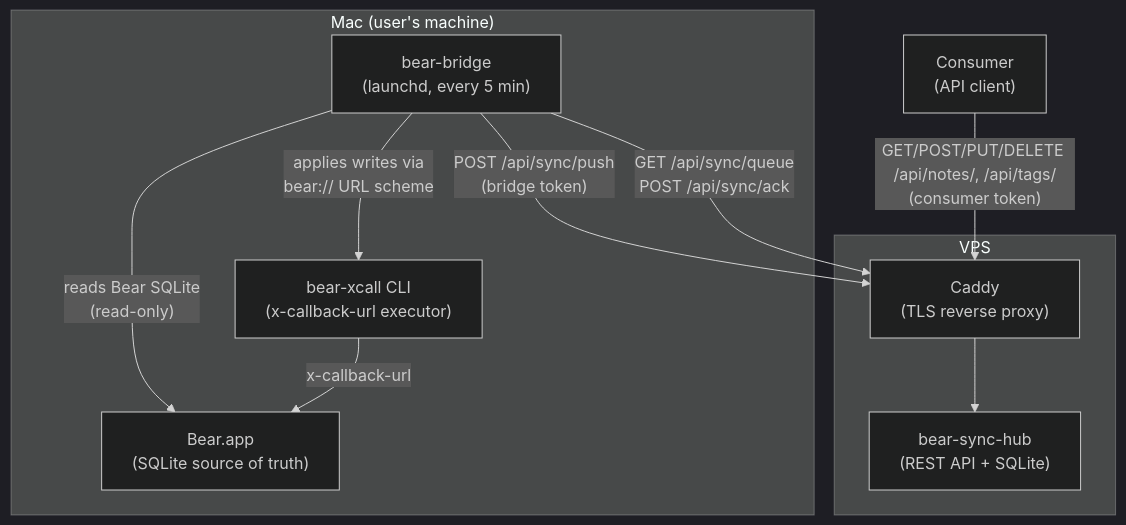
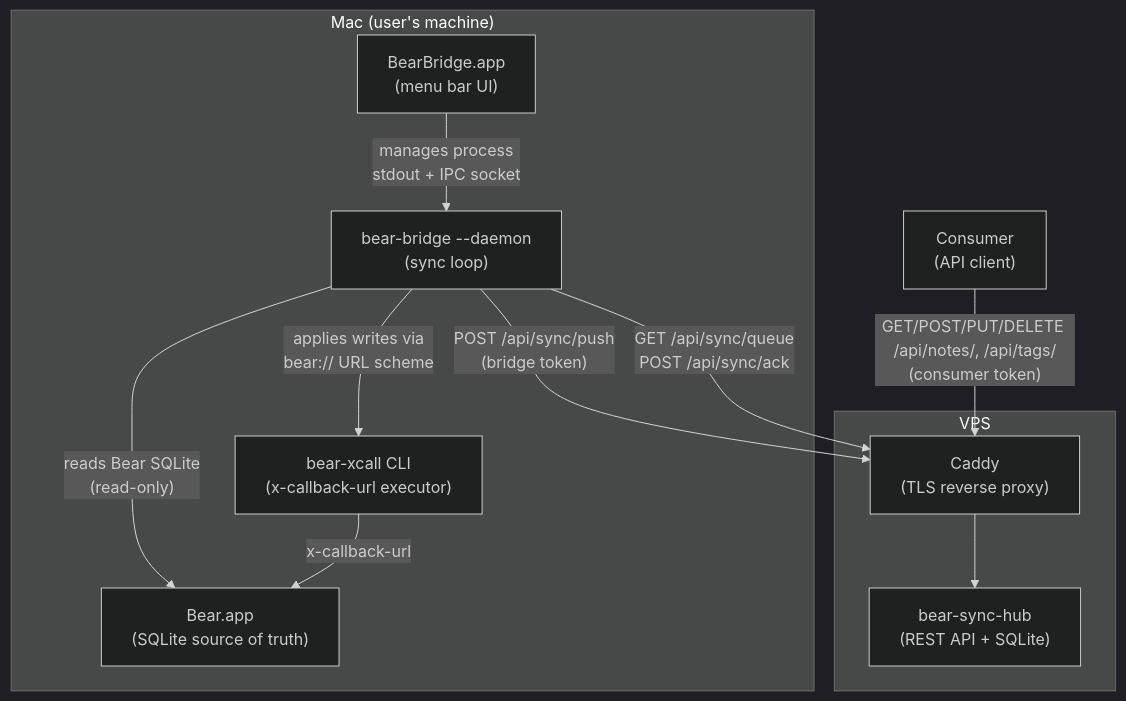
One commit to Romancha/bear-sync changed the first of 2 diagrams in README.md. Above: the diagram before and after it, drawn with Mermaid (dark theme). The commit also changed other lines of this file and 1 other file, not shown here.

Commit message:
feat: update documentation with menu bar app section

````diff
--- a/README.md
+++ b/README.md
@@ -19,23 +21,25 @@
 ```mermaid
 graph TB
     subgraph mac["Mac (user's machine)"]
         Bear["Bear.app\n(SQLite source of truth)"]
-        Bridge["bear-bridge\n(launchd, every 5 min)"]
+        BearBridgeApp["BearBridge.app\n(menu bar UI)"]
+        Bridge["bear-bridge --daemon\n(sync loop)"]
         bearxcall["bear-xcall CLI\n(x-callback-url executor)"]
     end
 
     subgraph vps["VPS"]
         Caddy["Caddy\n(TLS reverse proxy)"]
         Hub["bear-sync-hub\n(REST API + SQLite)"]
     end
 
     Consumer["Consumer\n(API client)"]
 
+    BearBridgeApp -- "manages process\nstdout + IPC socket" --> Bridge
     Bridge -- "reads Bear SQLite\n(read-only)" --> Bear
     Bridge -- "applies writes via\nbear:// URL scheme" --> bearxcall
     bearxcall -- "x-callback-url" --> Bear
     Bridge -- "POST /api/sync/push\n(bridge token)" --> Caddy
     Bridge -- "GET /api/sync/queue\nPOST /api/sync/ack" --> Caddy
     Caddy --> Hub
     Consumer -- "GET/POST/PUT/DELETE /api/notes/, /api/tags/\n(consumer token)" --> Caddy
 ```
````
